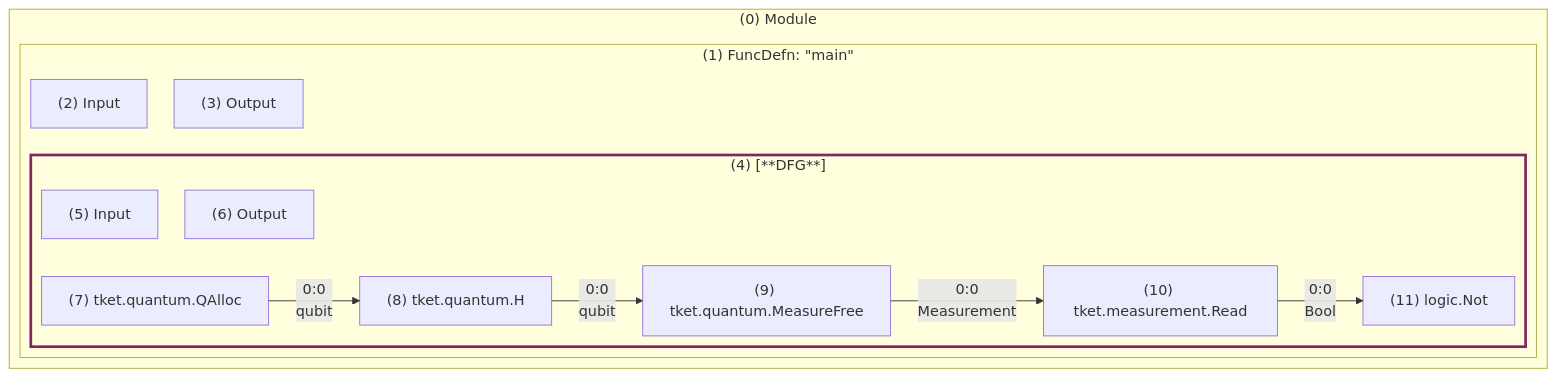
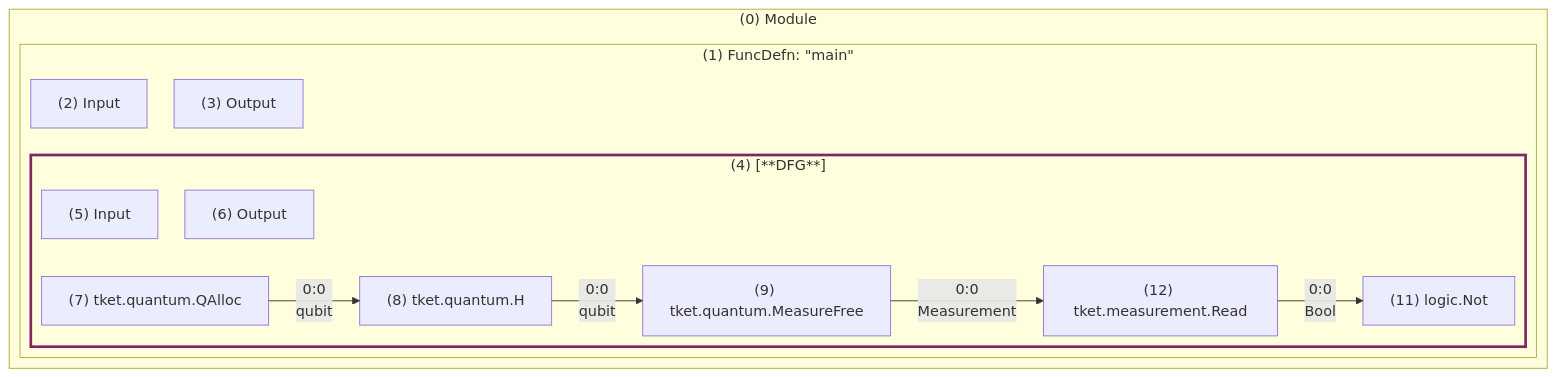
The diagram in updated.mmd (Quantinuum/tket2), drawn with Mermaid before and after one commit. The commit also changed 3 other files, not shown here.

```diff
--- a/updated.mmd
+++ b/updated.mmd
@@ -1,28 +1,28 @@
 ---
 config:
     layout: elk
 ---
 graph LR
     subgraph 0 ["(0) Module"]
         direction LR
         subgraph 1 ["(1) FuncDefn: #quot;main#quot;"]
             direction LR
             2["(2) Input"]
             3["(3) Output"]
             subgraph 4 ["(4) [**DFG**]"]
                 direction LR
                 style 4 stroke:#832561,stroke-width:3px
                 5["(5) Input"]
                 6["(6) Output"]
                 7["(7) tket.quantum.QAlloc"]
                 8["(8) tket.quantum.H"]
                 11["(11) logic.Not"]
                 9["(9) tket.quantum.MeasureFree"]
-                10["(10) tket.measurement.Read"]
+                12["(12) tket.measurement.Read"]
                 7--"0:0<br>qubit"-->8
                 8--"0:0<br>qubit"-->9
-                9--"0:0<br>Measurement"-->10
-                10--"0:0<br>Bool"-->11
+                9--"0:0<br>Measurement"-->12
+                12--"0:0<br>Bool"-->11
             end
         end
     end
```
